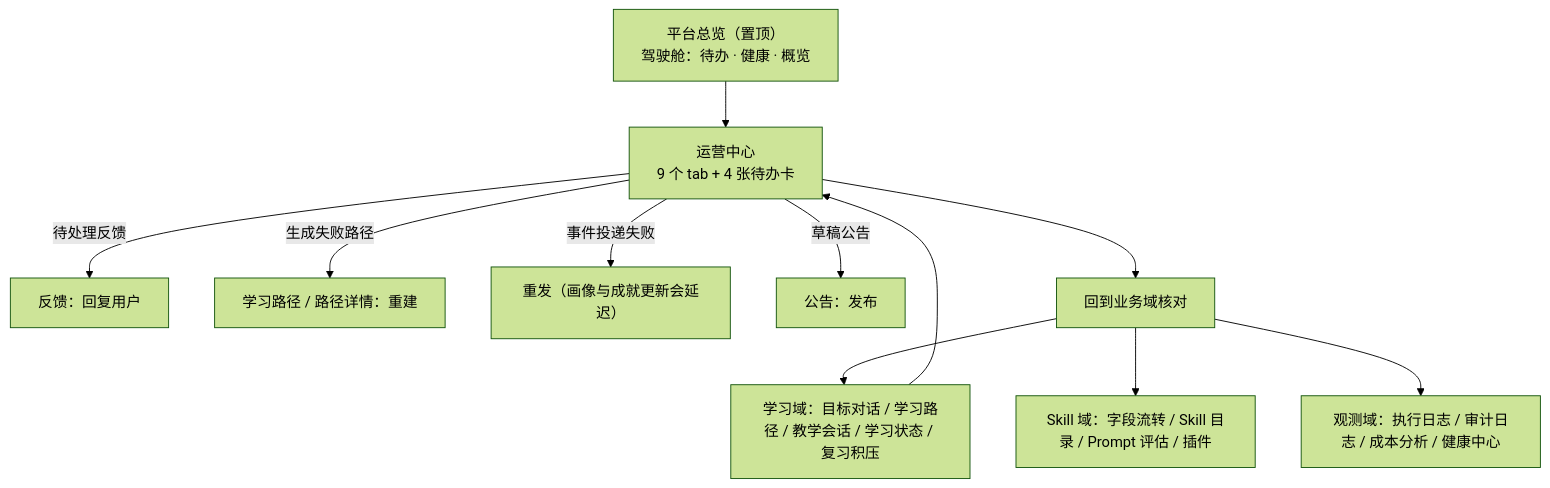
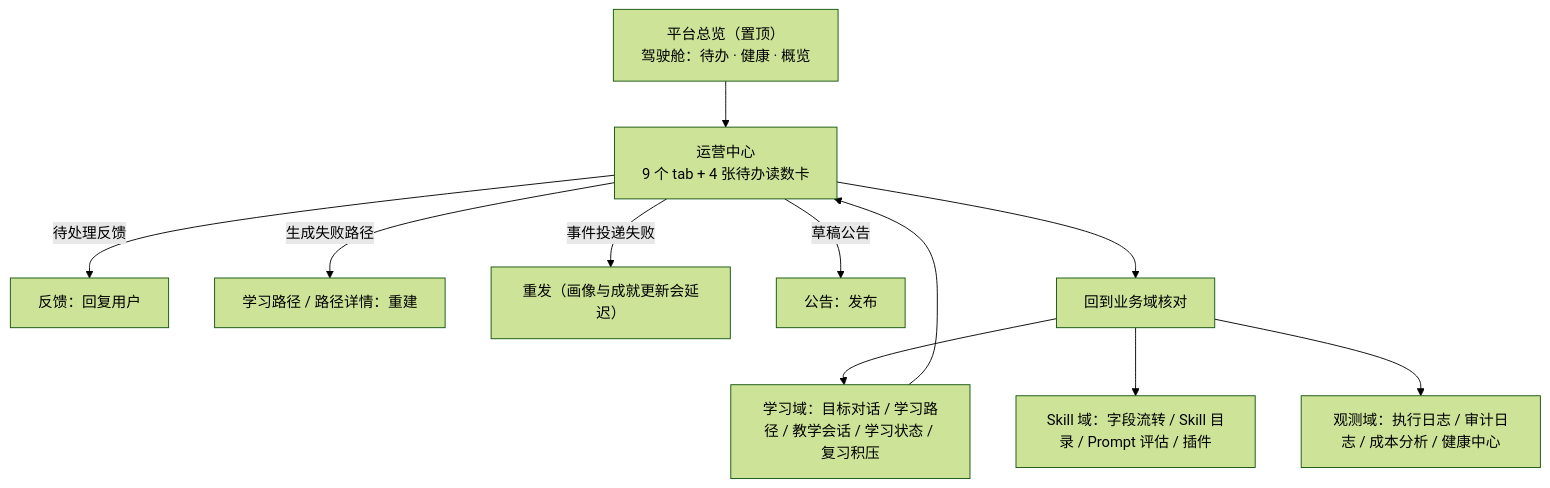
Before and after one commit to wenflow-org/wenflow: the second of 2 diagrams in doc/ADMIN-JOURNEY-MAP-2026-11-01.md, drawn with Mermaid (forest theme). The commit also changed other lines of this file and 1 other file, not shown here.

First line of the commit message:
docs(journey): 地图按 2026-11-02 实测审计修订

````diff
--- a/doc/ADMIN-JOURNEY-MAP-2026-11-01.md
+++ b/doc/ADMIN-JOURNEY-MAP-2026-11-01.md
@@ -49,13 +49,13 @@
 ```mermaid
 flowchart TD
-  A["平台总览（置顶）<br/>驾驶舱：待办 · 健康 · 概览"] --> B["运营中心<br/>9 个 tab + 4 张待办卡"]
+  A["平台总览（置顶）<br/>驾驶舱：待办 · 健康 · 概览"] --> B["运营中心<br/>9 个 tab + 4 张待办读数卡"]
   B -->|待处理反馈| B1["反馈：回复用户"]
   B -->|生成失败路径| B2["学习路径 / 路径详情：重建"]
   B -->|事件投递失败| B3["重发（画像与成就更新会延迟）"]
   B -->|草稿公告| B4["公告：发布"]
   B --> C["回到业务域核对"]
   C --> D1["学习域：目标对话 / 学习路径 / 教学会话 / 学习状态 / 复习积压"]
   C --> D2["Skill 域：字段流转 / Skill 目录 / Prompt 评估 / 插件"]
   C --> D3["观测域：执行日志 / 审计日志 / 成本分析 / 健康中心"]
   D1 --> B
 ```
````
